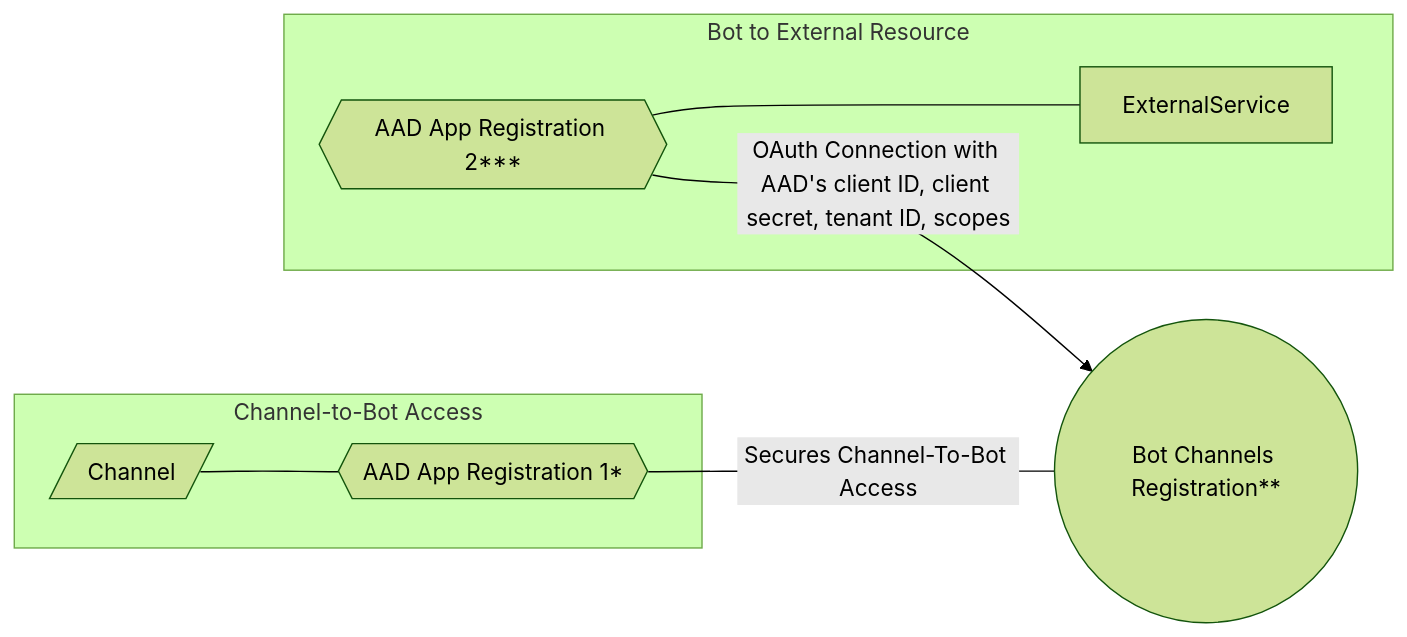
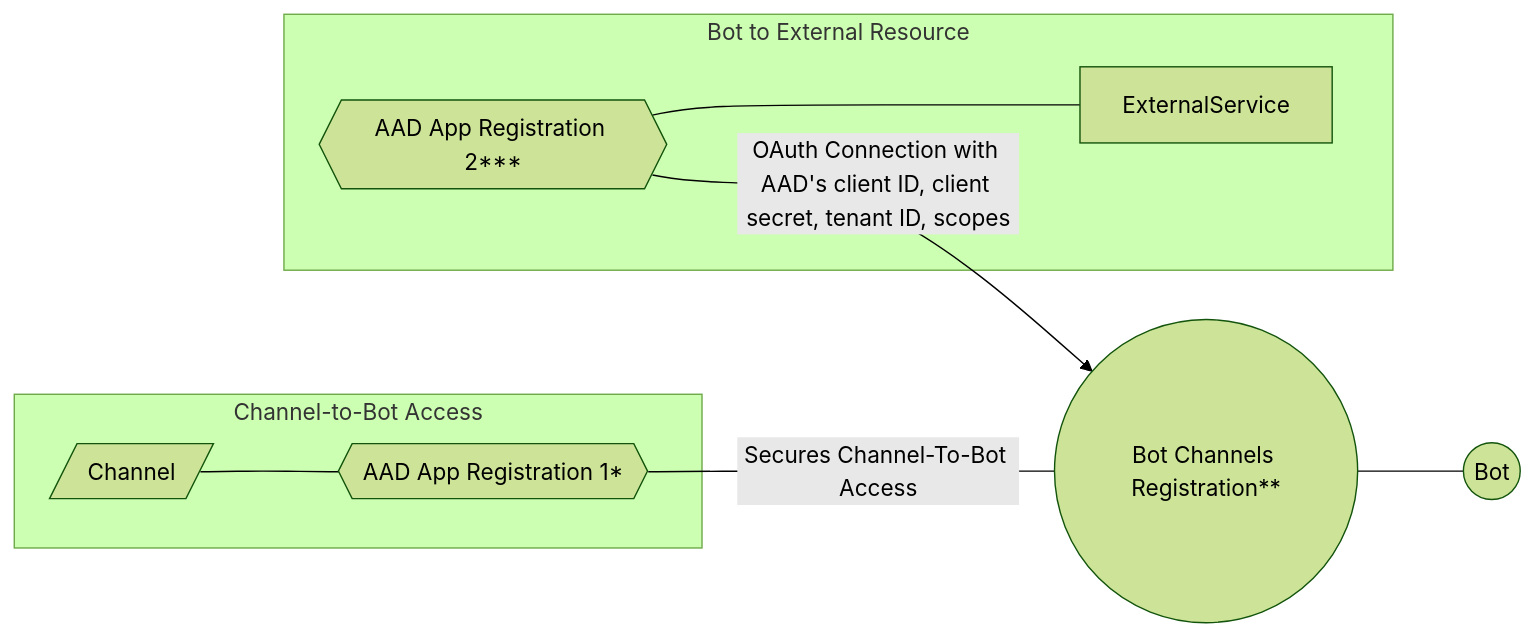
Before and after one commit to Zerryth/Mermaid: the diagram in MarkdownFiles/Authentication/DetailedViewAddAuthToYourBotViaABS.md, drawn with Mermaid (forest theme). The commit also changed 1 other file, not shown here.

Commit message:
Updated Detailed View to have Bot and Bot Channel Service be separate entities

````diff
--- a/MarkdownFiles/Authentication/DetailedViewAddAuthToYourBotViaABS.md
+++ b/MarkdownFiles/Authentication/DetailedViewAddAuthToYourBotViaABS.md
@@ -1,14 +1,16 @@
 ```mermaid
     graph LR
     
     subgraph Channel-to-Bot Access
         Channel[/Channel/] --- AAD1{{AAD App Registration 1*}}
     end
     AAD1 -- Secures Channel-To-Bot Access --- BotChannelsRegistration((Bot Channels Registration**))
     
     subgraph Bot to External Resource
         AAD2{{AAD App Registration 2***}} --- ExternalService
     end
     AAD2 -- OAuth Connection with AAD's client ID, client secret, tenant ID, scopes--> BotChannelsRegistration
 
+    BotChannelsRegistration --- Bot((Bot))
+
 ```
````
